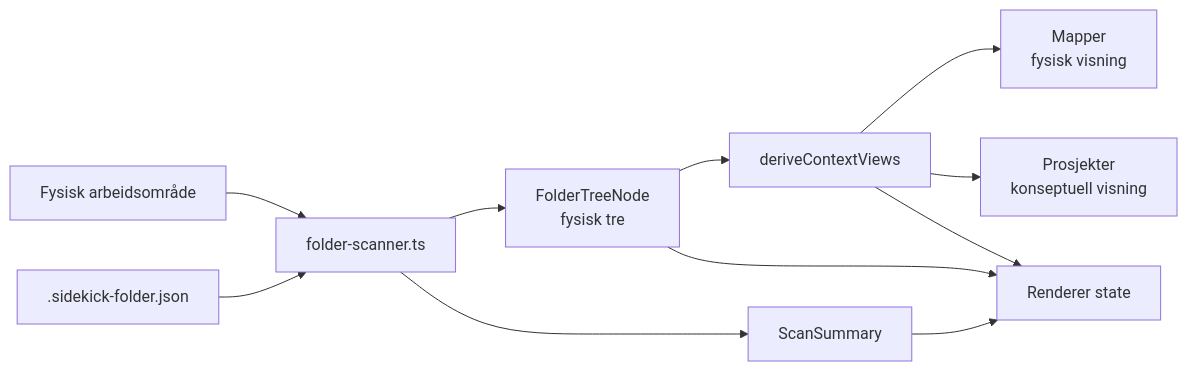
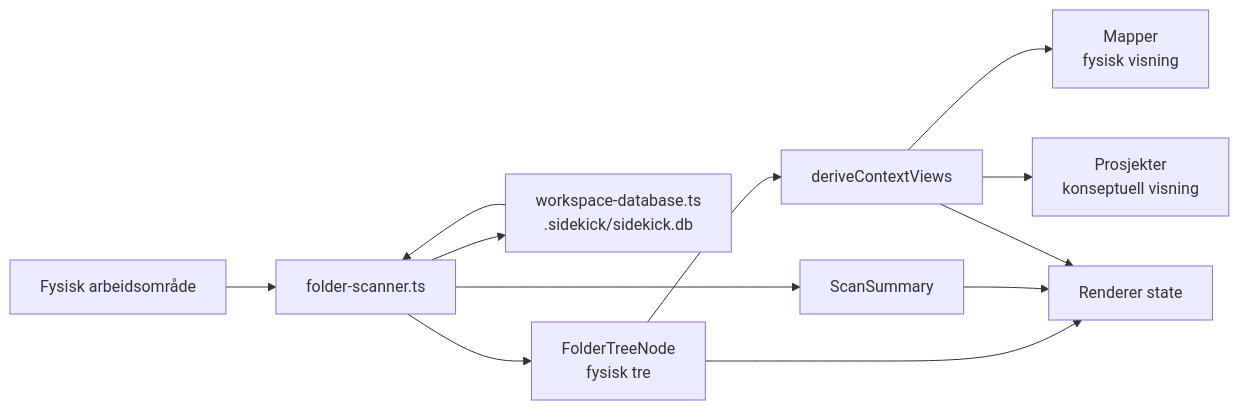
One commit to trulstveoy/Sidekick changed the fifth of 7 diagrams in docs/architecture/solution-architecture.md. Above: the diagram before and after it, drawn with Mermaid. The commit also changed other lines of this file and 15 other files, not shown here.

Commit message:
feat: add workspace metadata database

````diff
--- a/docs/architecture/solution-architecture.md
+++ b/docs/architecture/solution-architecture.md
@@ -246,13 +253,14 @@
 ```mermaid
 flowchart LR
   FS["Fysisk arbeidsområde"] --> Scanner["folder-scanner.ts"]
-  Markers[".sidekick-folder.json"] --> Scanner
+  Scanner --> DB["workspace-database.ts\n.sidekick/sidekick.db"]
+  DB --> Scanner
   Scanner --> Tree["FolderTreeNode\nfysisk tre"]
   Scanner --> Summary["ScanSummary"]
   Tree --> Views["deriveContextViews"]
   Views --> Folders["Mapper\nfysisk visning"]
   Views --> Projects["Prosjekter\nkonseptuell visning"]
   Tree --> Renderer["Renderer state"]
   Summary --> Renderer
   Views --> Renderer
 ```
````
